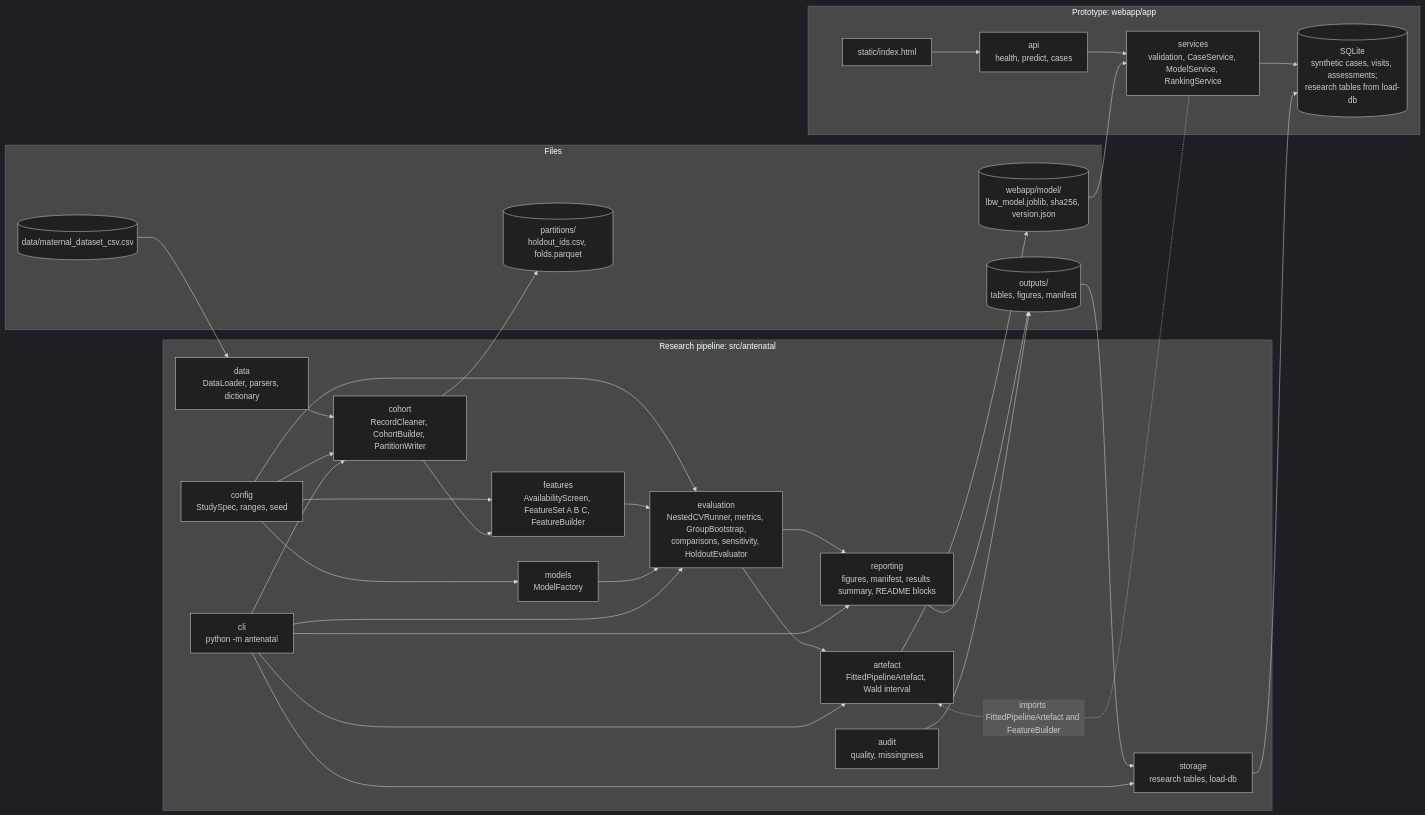
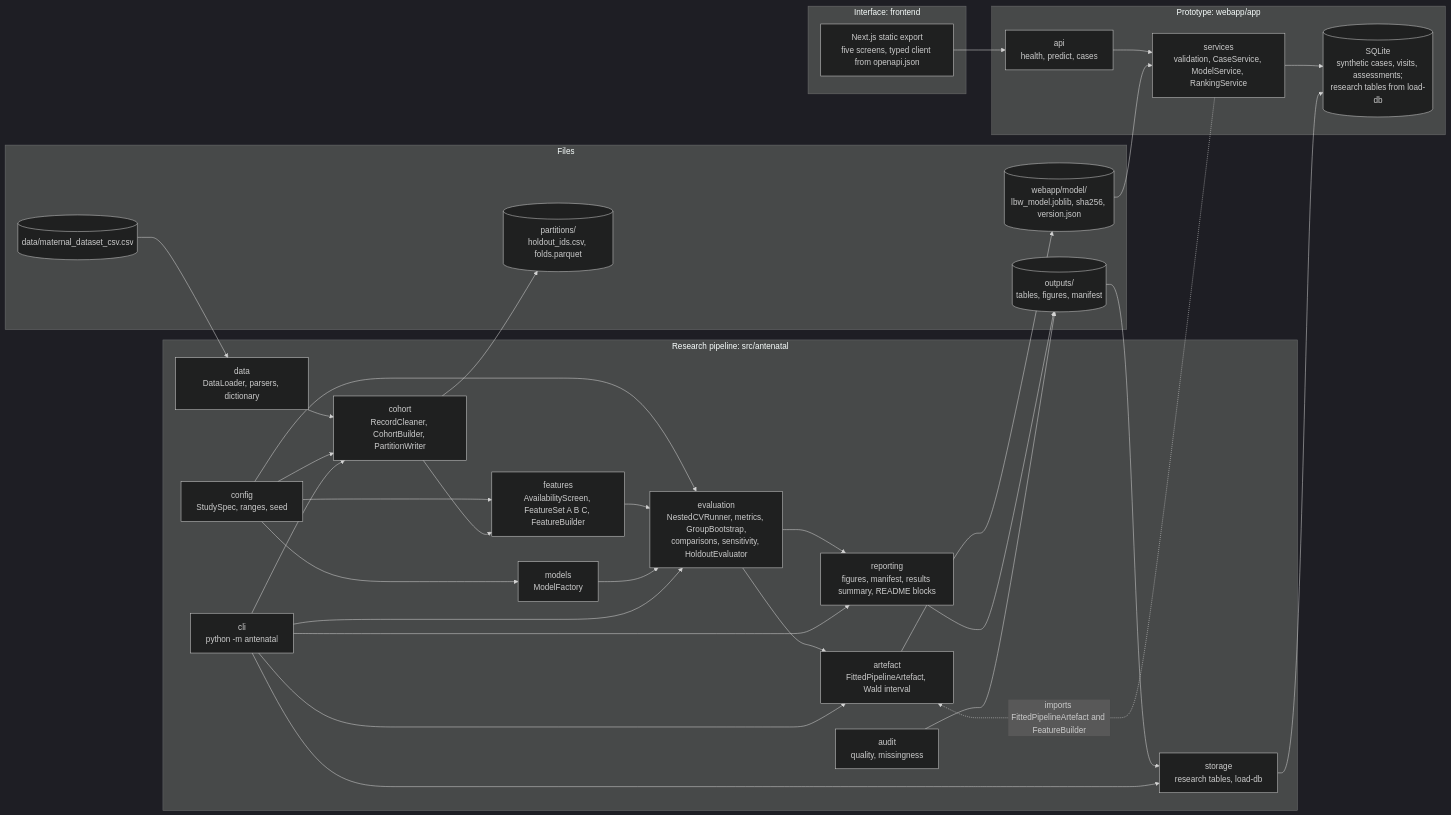
One commit to Kelvin364/Antanental_risk_model changed the first of 3 diagrams in docs/ARCHITECTURE.md. Above: the diagram before and after it, drawn with Mermaid (dark theme). The commit also changed other lines of this file and 76 other files, not shown here.

````diff
--- a/docs/ARCHITECTURE.md
+++ b/docs/ARCHITECTURE.md
@@ -12,44 +12,46 @@
 ```mermaid
 flowchart LR
     subgraph pipeline["Research pipeline: src/antenatal"]
         config["config<br/>StudySpec, ranges, seed"]
         data["data<br/>DataLoader, parsers, dictionary"]
         audit["audit<br/>quality, missingness"]
         cohort["cohort<br/>RecordCleaner, CohortBuilder, PartitionWriter"]
         features["features<br/>AvailabilityScreen, FeatureSet A B C, FeatureBuilder"]
         models["models<br/>ModelFactory"]
         evaluation["evaluation<br/>NestedCVRunner, metrics, GroupBootstrap,<br/>comparisons, sensitivity, HoldoutEvaluator"]
         artefact["artefact<br/>FittedPipelineArtefact, Wald interval"]
         reporting["reporting<br/>figures, manifest, results summary, README blocks"]
         cli["cli<br/>python -m antenatal"]
         storage["storage<br/>research tables, load-db"]
     end
     subgraph files["Files"]
         raw[("data/maternal_dataset_csv.csv")]
         parts[("partitions/<br/>holdout_ids.csv, folds.parquet")]
         outs[("outputs/<br/>tables, figures, manifest")]
         model[("webapp/model/<br/>lbw_model.joblib, sha256, version.json")]
     end
     subgraph app["Prototype: webapp/app"]
         api["api<br/>health, predict, cases"]
         services["services<br/>validation, CaseService, ModelService, RankingService"]
         db[("SQLite<br/>synthetic cases, visits, assessments;<br/>research tables from load-db")]
-        page["static/index.html"]
+    end
+    subgraph ui["Interface: frontend"]
+        page["Next.js static export<br/>five screens, typed client from openapi.json"]
     end
 
     raw --> data --> cohort
     config --> cohort & features & models & evaluation
     cohort --> parts
     cohort --> features --> evaluation
     models --> evaluation
     evaluation --> reporting --> outs
     evaluation --> artefact --> model
     cli --> cohort & evaluation & artefact & reporting
     audit --> outs
     page --> api --> services
     services --> db
     outs --> storage --> db
     cli --> storage
     model --> services
     services -. "imports FittedPipelineArtefact and FeatureBuilder" .-> artefact
 ```
````
